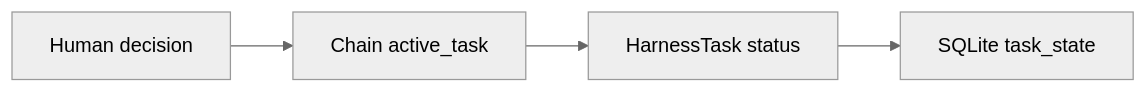
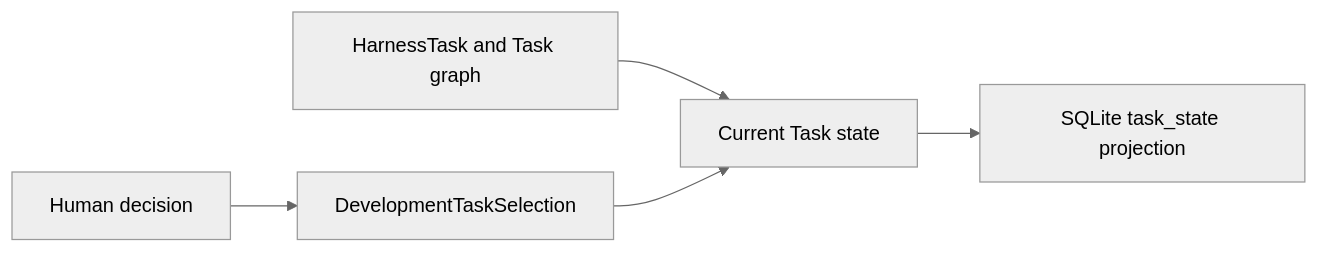
One commit to eragasa/ksdft2effmass changed the diagram in docs/architecture/v1/ksdft2effmass/harness/pi/control-plane.md. Above: the diagram before and after it, drawn with Mermaid (neutral theme). The commit also changed other lines of this file and 119 other files, not shown here.

````diff
--- a/docs/architecture/v1/ksdft2effmass/harness/pi/control-plane.md
+++ b/docs/architecture/v1/ksdft2effmass/harness/pi/control-plane.md
@@ -27,6 +25,7 @@
 ```mermaid
 flowchart LR
-    human["Human decision"] --> chain["Chain active_task"]
-    chain --> task["HarnessTask status"]
-    task --> projection["SQLite task_state"]
+    human["Human decision"] --> selection["DevelopmentTaskSelection"]
+    tasks["HarnessTask and Task graph"] --> state["Current Task state"]
+    selection --> state
+    state --> projection["SQLite task_state projection"]
 ```
````
